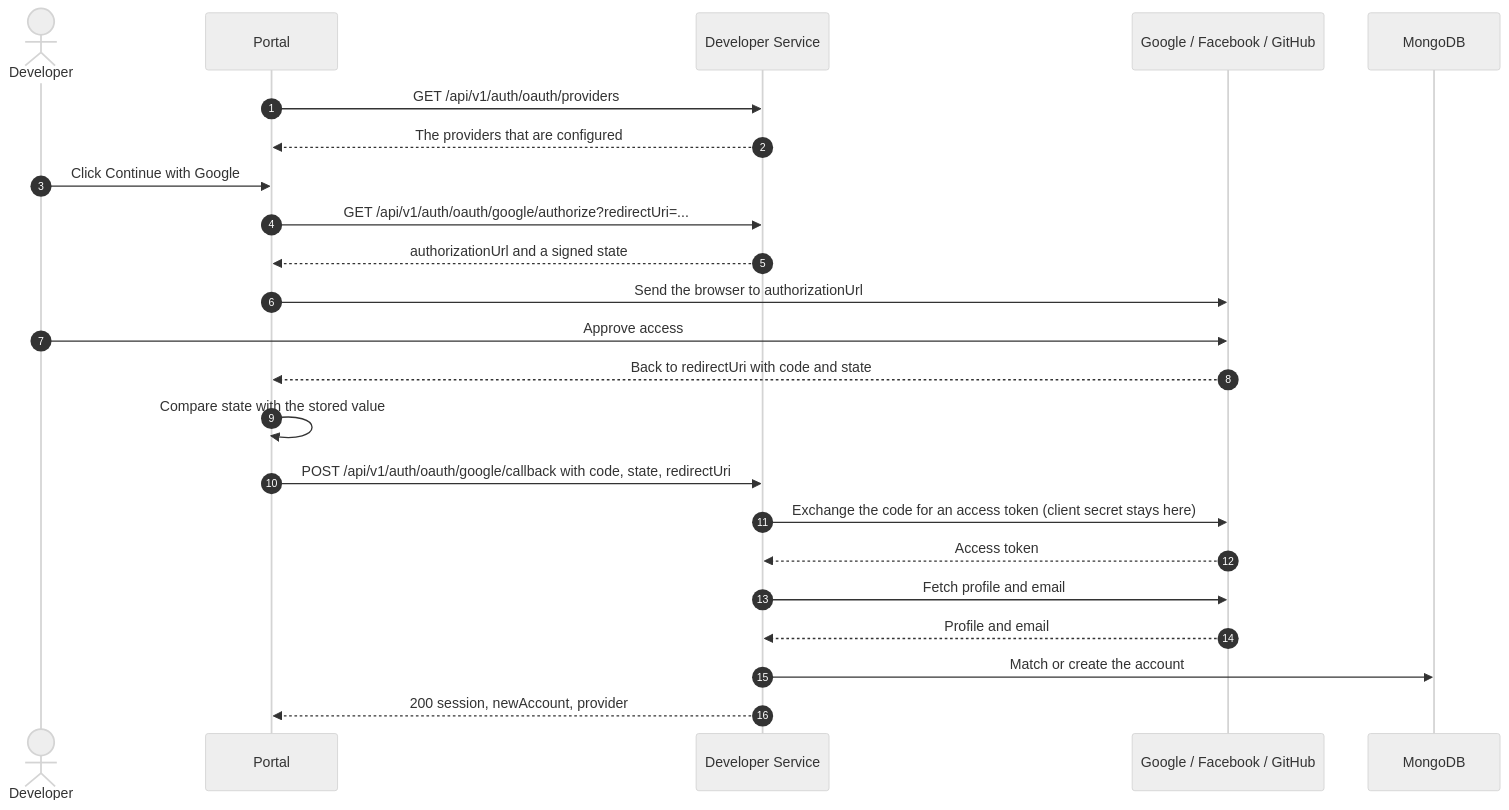
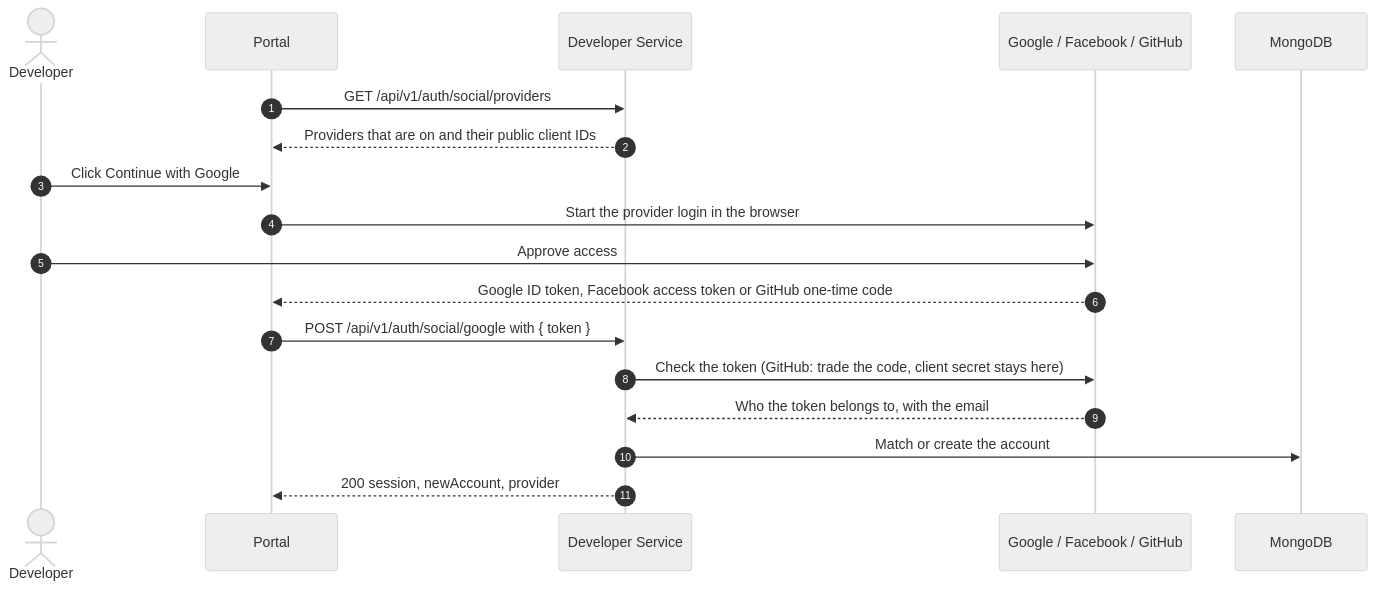
One commit to peacemakerbill/premisave-developer-service changed the fourth of 8 diagrams in README.md. Above: the diagram before and after it, drawn with Mermaid (neutral theme). The commit also changed other lines of this file and 16 other files, not shown here.

Commit message:
Social sign in takes a provider token: one endpoint per provider (Google, Facebook, GitHub) with a JSON token body, client IDs served to the test page, redirect allow list and OAuth state removed, Postman folder, docs, .env.example and oauth-test page updated

````diff
--- a/README.md
+++ b/README.md
@@ -250,26 +250,21 @@
 ```mermaid
 sequenceDiagram
     autonumber
     actor D as Developer
     participant P as Portal
     participant S as Developer Service
     participant X as Google / Facebook / GitHub
     participant M as MongoDB
 
-    P->>S: GET /api/v1/auth/oauth/providers
-    S-->>P: The providers that are configured
+    P->>S: GET /api/v1/auth/social/providers
+    S-->>P: Providers that are on and their public client IDs
     D->>P: Click Continue with Google
-    P->>S: GET /api/v1/auth/oauth/google/authorize?redirectUri=...
-    S-->>P: authorizationUrl and a signed state
-    P->>X: Send the browser to authorizationUrl
+    P->>X: Start the provider login in the browser
     D->>X: Approve access
-    X-->>P: Back to redirectUri with code and state
-    P->>P: Compare state with the stored value
-    P->>S: POST /api/v1/auth/oauth/google/callback with code, state, redirectUri
-    S->>X: Exchange the code for an access token (client secret stays here)
-    X-->>S: Access token
-    S->>X: Fetch profile and email
-    X-->>S: Profile and email
+    X-->>P: Google ID token, Facebook access token or GitHub one-time code
+    P->>S: POST /api/v1/auth/social/google with { token }
+    S->>X: Check the token (GitHub: trade the code, client secret stays here)
+    X-->>S: Who the token belongs to, with the email
     S->>M: Match or create the account
     S-->>P: 200 session, newAccount, provider
 ```
````
